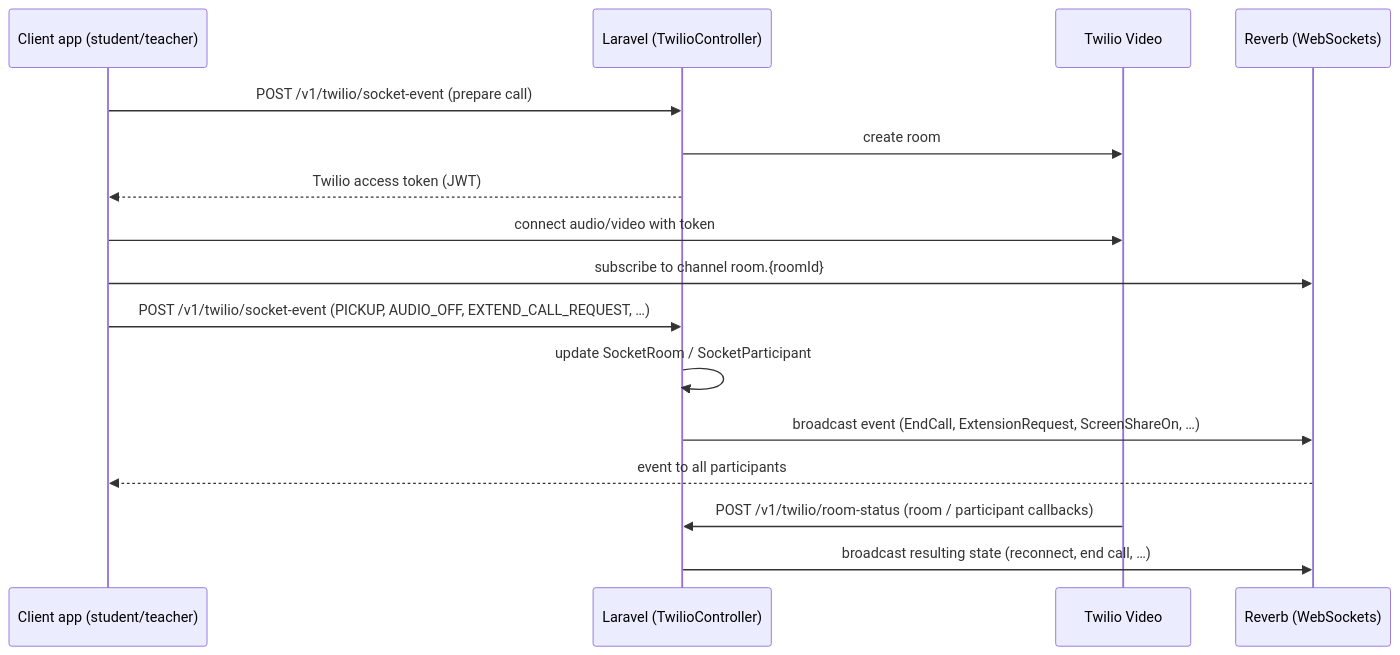
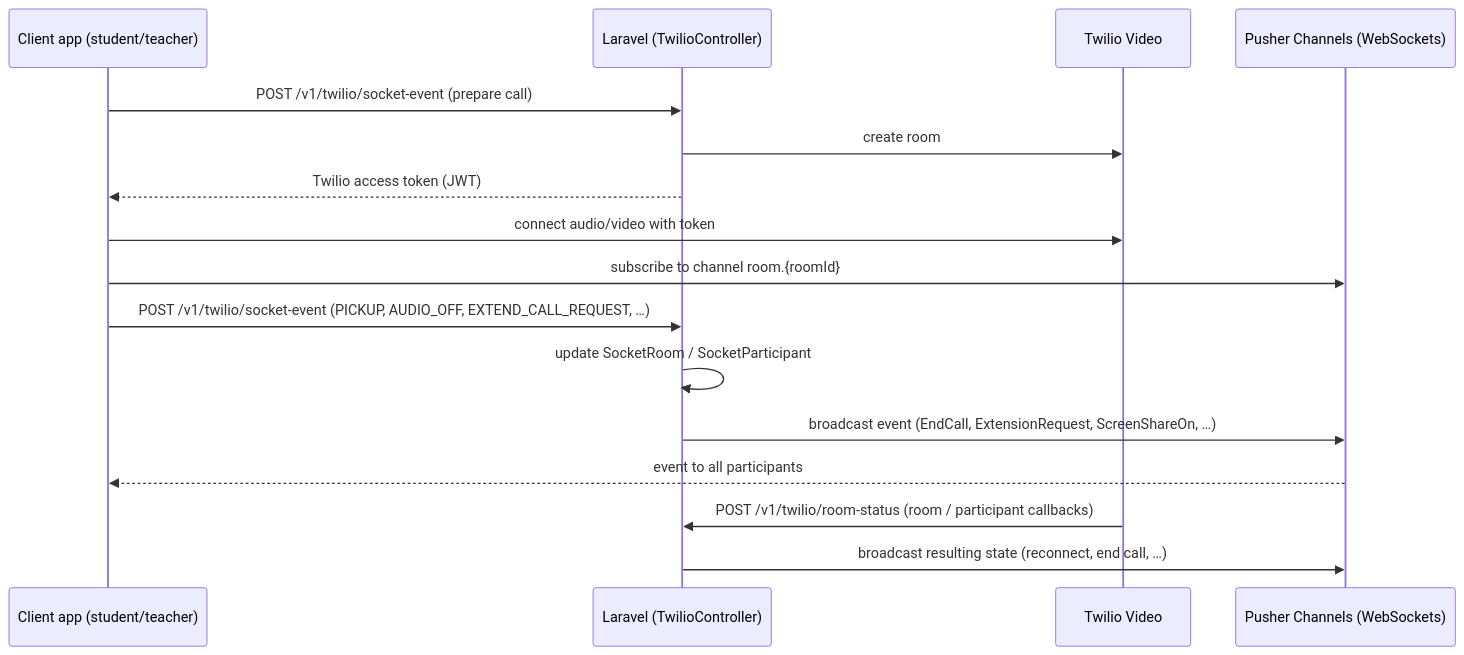
One commit to donmilorad87/talkila changed the third of 3 diagrams in README.md. Above: the diagram before and after it, drawn with Mermaid. The commit also changed other lines of this file and 113 other files, not shown here.

````diff
--- a/README.md
+++ b/README.md
@@ -191,19 +200,19 @@
 ```mermaid
 sequenceDiagram
     participant C as Client app (student/teacher)
     participant App as Laravel (TwilioController)
     participant TW as Twilio Video
-    participant WS as Reverb (WebSockets)
+    participant WS as Pusher Channels (WebSockets)
 
     C->>App: POST /v1/twilio/socket-event (prepare call)
     App->>TW: create room
     App-->>C: Twilio access token (JWT)
     C->>TW: connect audio/video with token
     C->>WS: subscribe to channel room.{roomId}
     C->>App: POST /v1/twilio/socket-event (PICKUP, AUDIO_OFF, EXTEND_CALL_REQUEST, …)
     App->>App: update SocketRoom / SocketParticipant
     App->>WS: broadcast event (EndCall, ExtensionRequest, ScreenShareOn, …)
     WS-->>C: event to all participants
     TW->>App: POST /v1/twilio/room-status (room / participant callbacks)
     App->>WS: broadcast resulting state (reconnect, end call, …)
 ```
````
